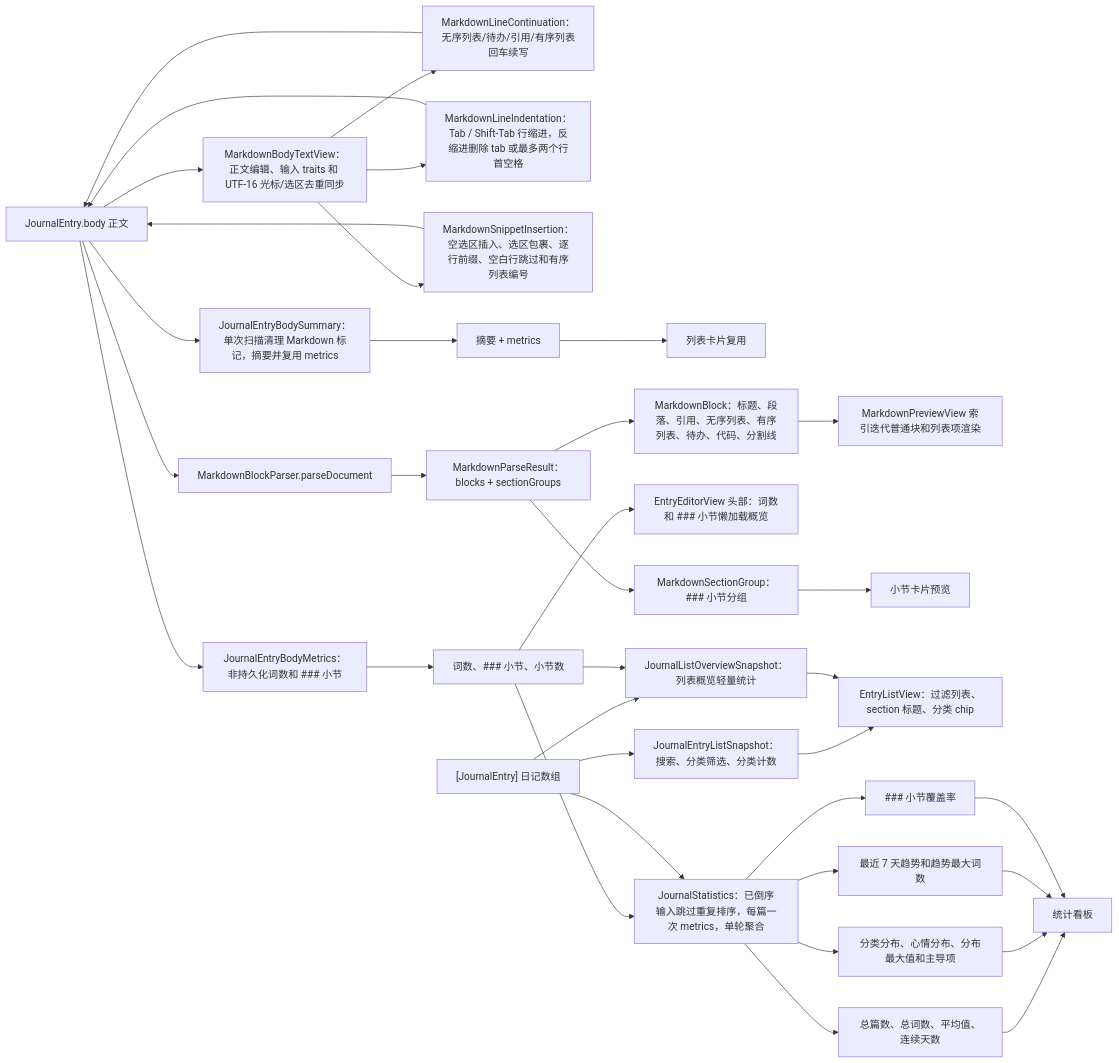
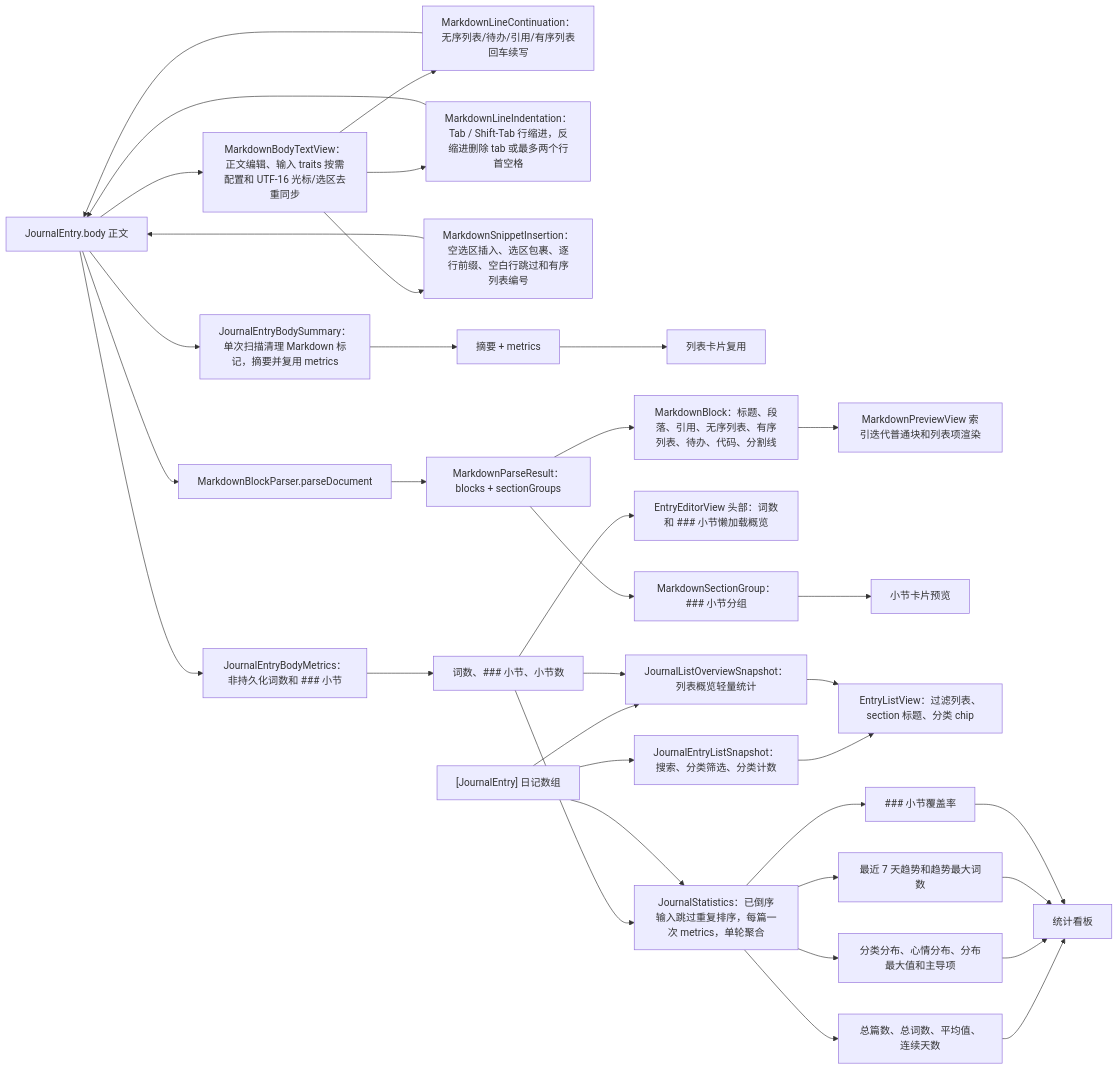
The fourth of 6 diagrams in md/flow/flowchart.md (Altman-sam114/117), drawn with Mermaid before and after one commit. The commit also changed other lines of this file and 7 other files, not shown here.

````diff
--- a/md/flow/flowchart.md
+++ b/md/flow/flowchart.md
@@ -121,37 +121,37 @@
 ```mermaid
 flowchart LR
   Body["JournalEntry.body 正文"] --> MetricsNode2["JournalEntryBodyMetrics：非持久化词数和 ### 小节"]
   Body --> Summary["JournalEntryBodySummary：单次扫描清理 Markdown 标记，摘要并复用 metrics"]
-  Body --> BodyText["MarkdownBodyTextView：正文编辑、输入 traits 和 UTF-16 光标/选区去重同步"]
+  Body --> BodyText["MarkdownBodyTextView：正文编辑、输入 traits 按需配置和 UTF-16 光标/选区去重同步"]
   BodyText --> ContinueRule["MarkdownLineContinuation：无序列表/待办/引用/有序列表回车续写"]
   ContinueRule --> Body
   BodyText --> IndentRule["MarkdownLineIndentation：Tab / Shift-Tab 行缩进，反缩进删除 tab 或最多两个行首空格"]
   IndentRule --> Body
   BodyText --> InsertRule["MarkdownSnippetInsertion：空选区插入、选区包裹、逐行前缀、空白行跳过和有序列表编号"]
   InsertRule --> Body
   MetricsNode2 --> MetricsData["词数、### 小节、小节数"]
   Summary --> Excerpt["摘要 + metrics"]
   Excerpt --> RowEditor["列表卡片复用"]
   MetricsData --> Statistics["JournalStatistics：已倒序输入跳过重复排序，每篇一次 metrics，单轮聚合"]
   MetricsData --> EditorHeader["EntryEditorView 头部：词数和 ### 小节懒加载概览"]
   Body --> Parse["MarkdownBlockParser.parseDocument"]
   Parse --> Result["MarkdownParseResult：blocks + sectionGroups"]
   Result --> Blocks["MarkdownBlock：标题、段落、引用、无序列表、有序列表、待办、代码、分割线"]
   Blocks --> Preview["MarkdownPreviewView 索引迭代普通块和列表项渲染"]
   Result --> Sections["MarkdownSectionGroup：### 小节分组"]
   Sections --> SectionPreview["小节卡片预览"]
   Entries["[JournalEntry] 日记数组"] --> Statistics
   Entries --> ListSnapshot2["JournalEntryListSnapshot：搜索、分类筛选、分类计数"]
   ListSnapshot2 --> ListView["EntryListView：过滤列表、section 标题、分类 chip"]
   Entries --> ListOverview2["JournalListOverviewSnapshot：列表概览轻量统计"]
   MetricsData --> ListOverview2
   ListOverview2 --> ListView
   Statistics --> Metrics["总篇数、总词数、平均值、连续天数"]
   Statistics --> Distributions["分类分布、心情分布、分布最大值和主导项"]
   Statistics --> Trend["最近 7 天趋势和趋势最大词数"]
   Statistics --> Coverage["### 小节覆盖率"]
   Metrics --> Dashboard["统计看板"]
   Distributions --> Dashboard
   Trend --> Dashboard
   Coverage --> Dashboard
 ```
````
